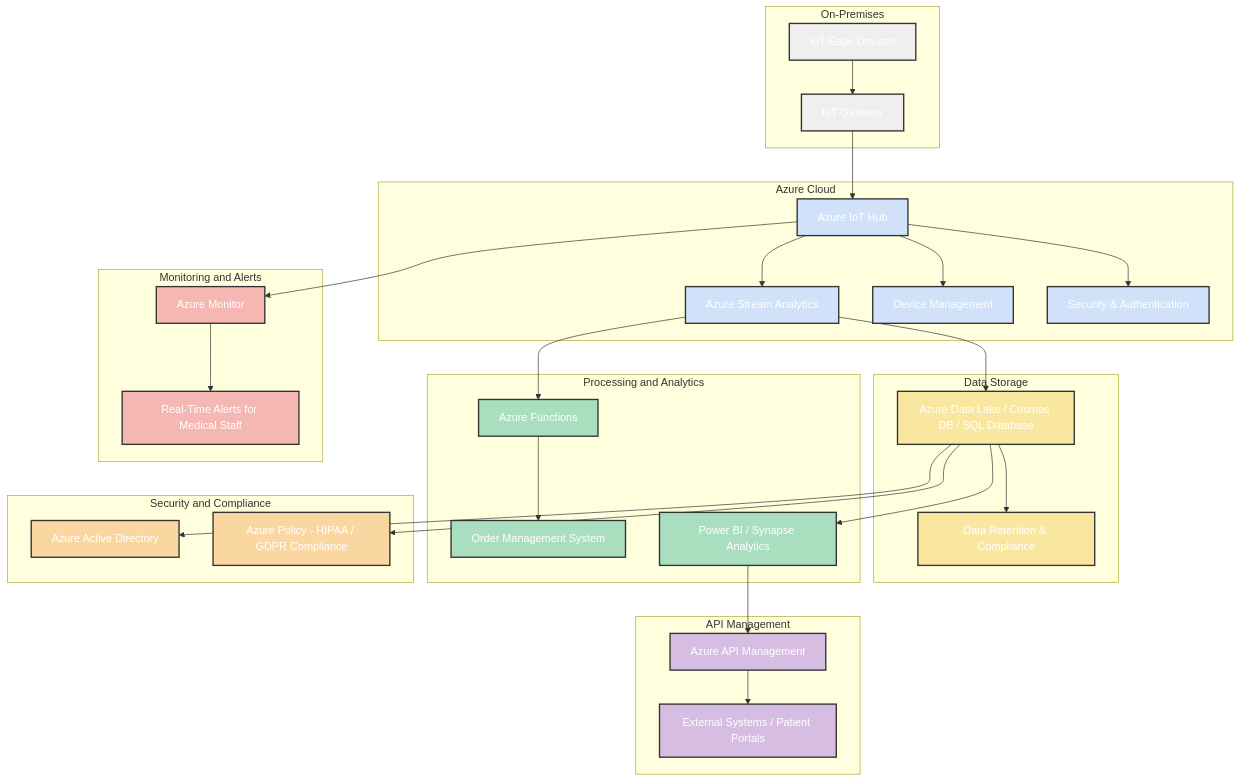
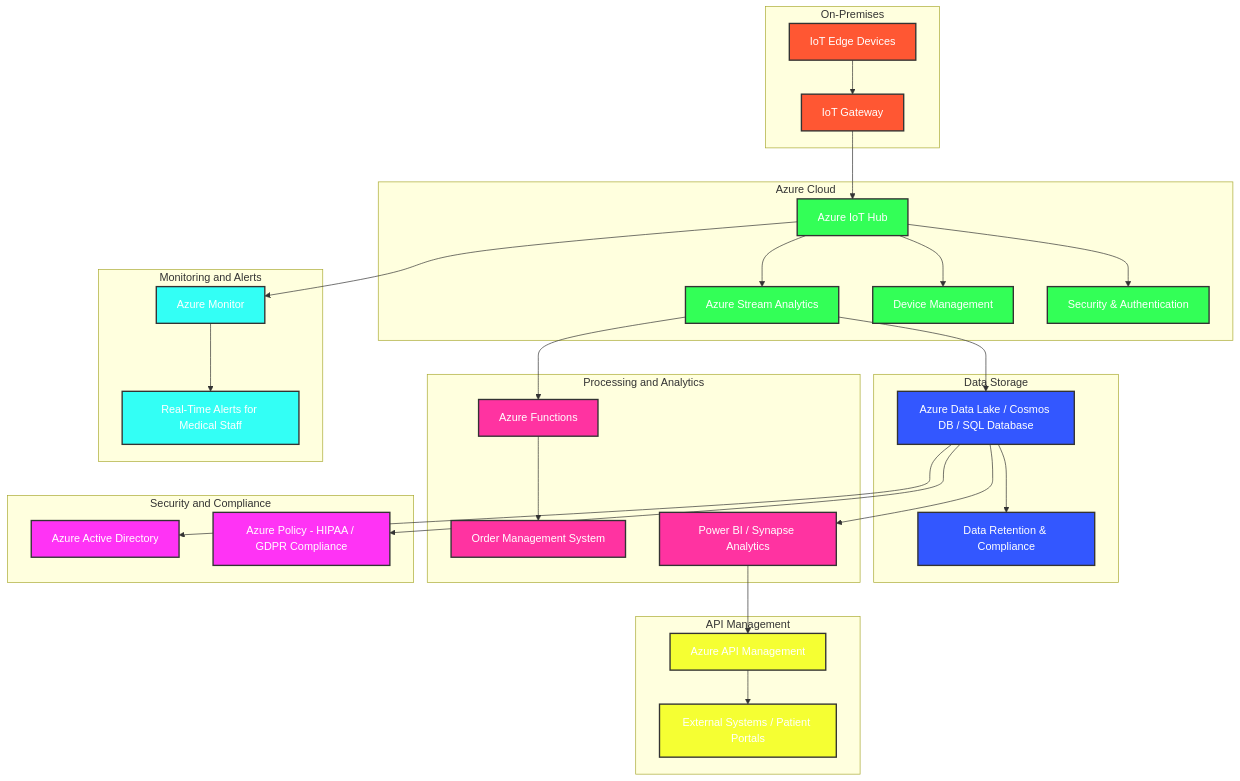
The diagram in 1_Journey.md (rifaterdemsahin/IoT), drawn with Mermaid before and after one commit.

Commit message:
contrast colors

````diff
--- a/1_Journey.md
+++ b/1_Journey.md
@@ -22,57 +22,57 @@
 ```mermaid
 flowchart TD
     %% On-Premises / Clinic Site
-    subgraph On-Premises
-        A1[IoT Edge Devices]:::device
-        A2[IoT Gateway]:::device
-        A1 --> A2
-    end
+        subgraph On-Premises
+            A1[IoT Edge Devices]:::device
+            A2[IoT Gateway]:::device
+            A1 --> A2
+        end
 
-    %% Azure Cloud
-    subgraph Azure Cloud
-        A2 --> B1[Azure IoT Hub]:::cloud
-        B1 --> B2[Azure Stream Analytics]:::cloud
-        B1 --> B3[Device Management]:::cloud
-        B1 --> B4[Security & Authentication]:::cloud
-    end
+        %% Azure Cloud
+        subgraph Azure Cloud
+            A2 --> B1[Azure IoT Hub]:::cloud
+            B1 --> B2[Azure Stream Analytics]:::cloud
+            B1 --> B3[Device Management]:::cloud
+            B1 --> B4[Security & Authentication]:::cloud
+        end
 
-    %% Data Storage
-    subgraph Data Storage
-        B2 --> C1[Azure Data Lake / Cosmos DB / SQL Database]:::storage
-        C1 --> C2[Data Retention & Compliance]:::storage
-    end
+        %% Data Storage
+        subgraph Data Storage
+            B2 --> C1[Azure Data Lake / Cosmos DB / SQL Database]:::storage
+            C1 --> C2[Data Retention & Compliance]:::storage
+        end
 
-    %% Processing and Analytics
-    subgraph Processing and Analytics
-        B2 --> D1[Azure Functions]:::processing
-        D1 --> D2[Order Management System]:::processing
-        C1 --> E1[Power BI / Synapse Analytics]:::processing
-    end
+        %% Processing and Analytics
+        subgraph Processing and Analytics
+            B2 --> D1[Azure Functions]:::processing
+            D1 --> D2[Order Management System]:::processing
+            C1 --> E1[Power BI / Synapse Analytics]:::processing
+        end
 
-    %% Monitoring and Alerts
-    subgraph Monitoring and Alerts
-        B1 --> F1[Azure Monitor]:::monitoring
-        F1 --> F2[Real-Time Alerts for Medical Staff]:::monitoring
-    end
+        %% Monitoring and Alerts
+        subgraph Monitoring and Alerts
+            B1 --> F1[Azure Monitor]:::monitoring
+            F1 --> F2[Real-Time Alerts for Medical Staff]:::monitoring
+        end
 
-    %% API Management
-    subgraph API Management
-        E1 --> G1[Azure API Management]:::api
-        G1 --> G2[External Systems / Patient Portals]:::api
-    end
+        %% API Management
+        subgraph API Management
+            E1 --> G1[Azure API Management]:::api
+            G1 --> G2[External Systems / Patient Portals]:::api
+        end
 
-    %% Security and Compliance Layer
-    subgraph Security and Compliance
-        C1 --> H1[Azure Active Directory]:::security
-        C1 --> H2[Azure Policy - HIPAA / GDPR Compliance]:::security
-    end
+        %% Security and Compliance Layer
+        subgraph Security and Compliance
+            C1 --> H1[Azure Active Directory]:::security
+            C1 --> H2[Azure Policy - HIPAA / GDPR Compliance]:::security
+        end
 
-    %% Diagram Annotations
-    classDef device fill:#EFEFEF,stroke:#333,stroke-width:2px,color:#FFFFFF;
-    classDef cloud fill:#D0E1F9,stroke:#333,stroke-width:2px,color:#FFFFFF;
-    classDef storage fill:#F9E79F,stroke:#333,stroke-width:2px,color:#FFFFFF;
-    classDef processing fill:#A9DFBF,stroke:#333,stroke-width:2px,color:#FFFFFF;
-    classDef monitoring fill:#F5B7B1,stroke:#333,stroke-width:2px,color:#FFFFFF;
-    classDef api fill:#D7BDE2,stroke:#333,stroke-width:2px,color:#FFFFFF;
-    classDef security fill:#FAD7A0,stroke:#333,stroke-width:2px,color:#FFFFFF;
+        %% Diagram Annotations
+        classDef device fill:#FF5733,stroke:#333,stroke-width:2px,color:#FFFFFF;
+        classDef cloud fill:#33FF57,stroke:#333,stroke-width:2px,color:#FFFFFF;
+        classDef storage fill:#3357FF,stroke:#333,stroke-width:2px,color:#FFFFFF;
+        classDef processing fill:#FF33A1,stroke:#333,stroke-width:2px,color:#FFFFFF;
+        classDef monitoring fill:#33FFF5,stroke:#333,stroke-width:2px,color:#FFFFFF;
+        classDef api fill:#F5FF33,stroke:#333,stroke-width:2px,color:#FFFFFF;
+        classDef security fill:#FF33F5,stroke:#333,stroke-width:2px,color:#FFFFFF;
 ```
````
